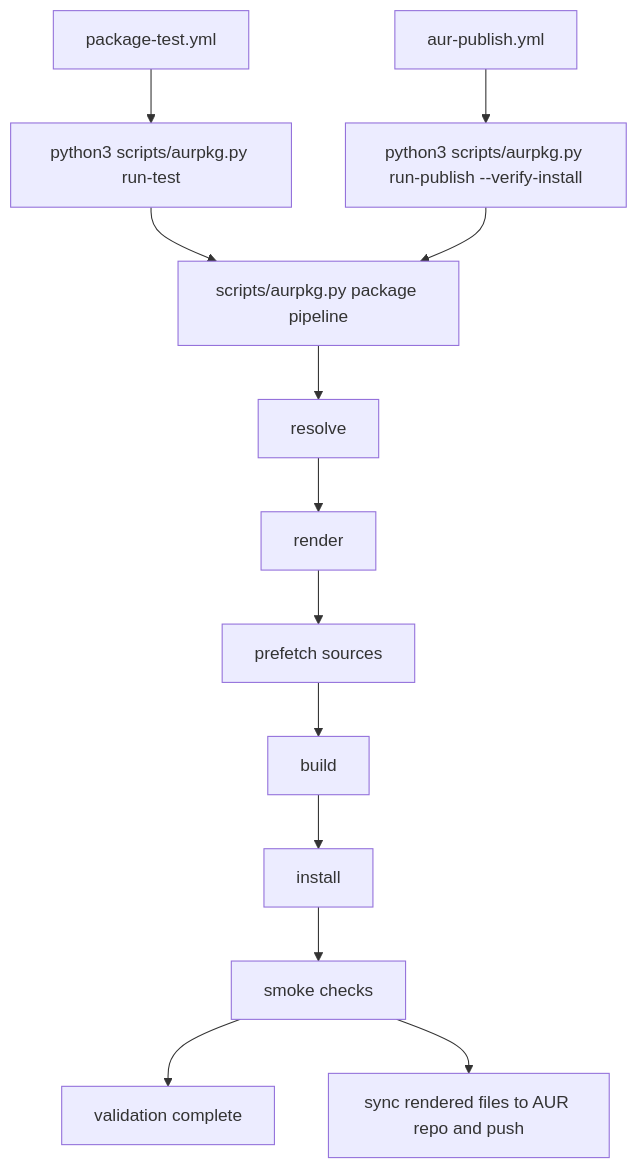
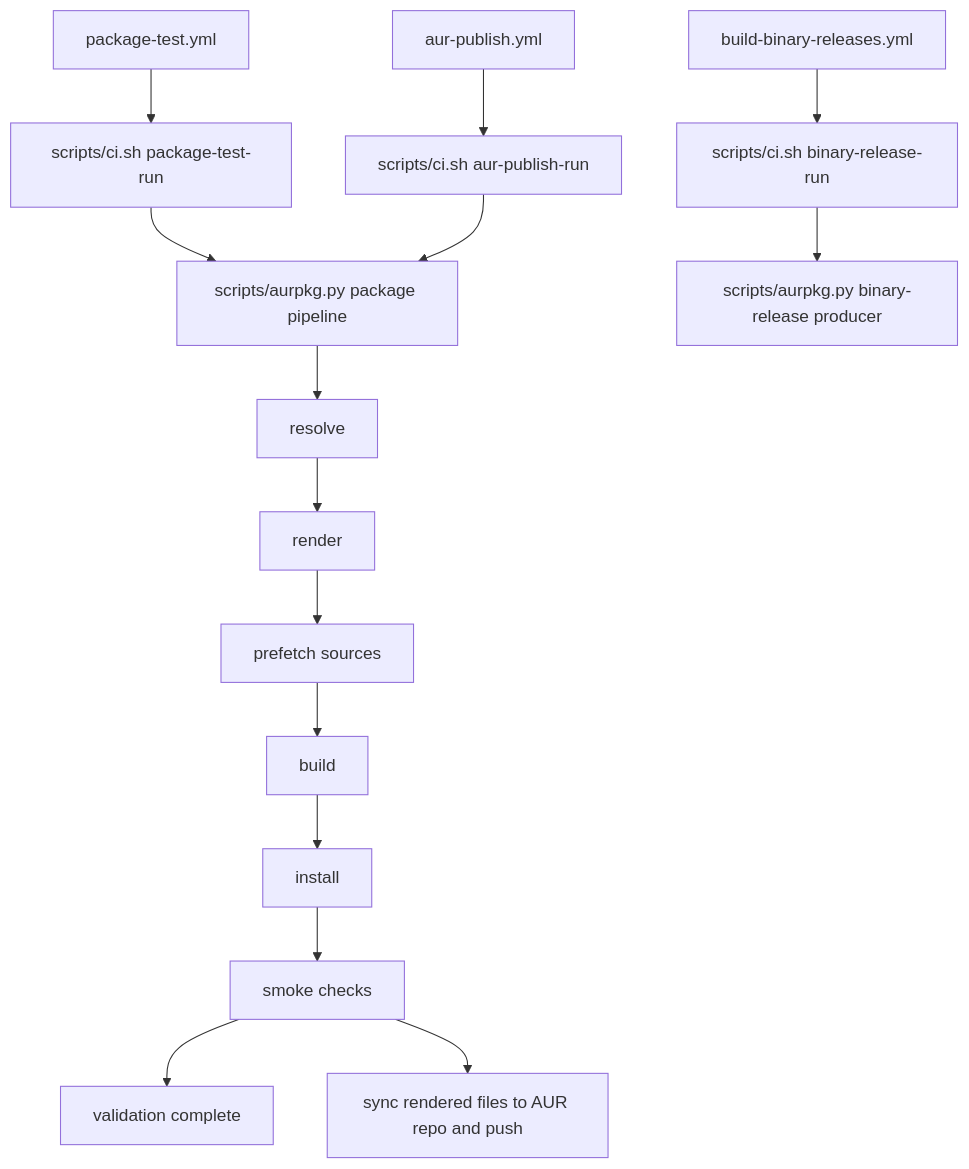
One commit to theorangeguo/aur-packages changed the third of 5 diagrams in docs/WORKFLOW.md. Above: the diagram before and after it, drawn with Mermaid. The commit also changed other lines of this file and 8 other files, not shown here.

````diff
--- a/docs/WORKFLOW.md
+++ b/docs/WORKFLOW.md
@@ -101,18 +104,20 @@
 ```mermaid
 flowchart TD
-    A[package-test.yml] --> B[python3 scripts/aurpkg.py run-test]
-    C[aur-publish.yml] --> D[python3 scripts/aurpkg.py run-publish --verify-install]
+    A[package-test.yml] --> B[scripts/ci.sh package-test-run]
+    C[aur-publish.yml] --> D[scripts/ci.sh aur-publish-run]
+    E[build-binary-releases.yml] --> F[scripts/ci.sh binary-release-run]
 
     B --> G[scripts/aurpkg.py package pipeline]
     D --> G
+    F --> R[scripts/aurpkg.py binary-release producer]
 
     G --> H[resolve]
     H --> I[render]
     I --> J[prefetch sources]
     J --> K[build]
     K --> L[install]
     L --> M[smoke checks]
 
     M --> N[validation complete]
     M --> O[sync rendered files to AUR repo and push]
 ```
````
